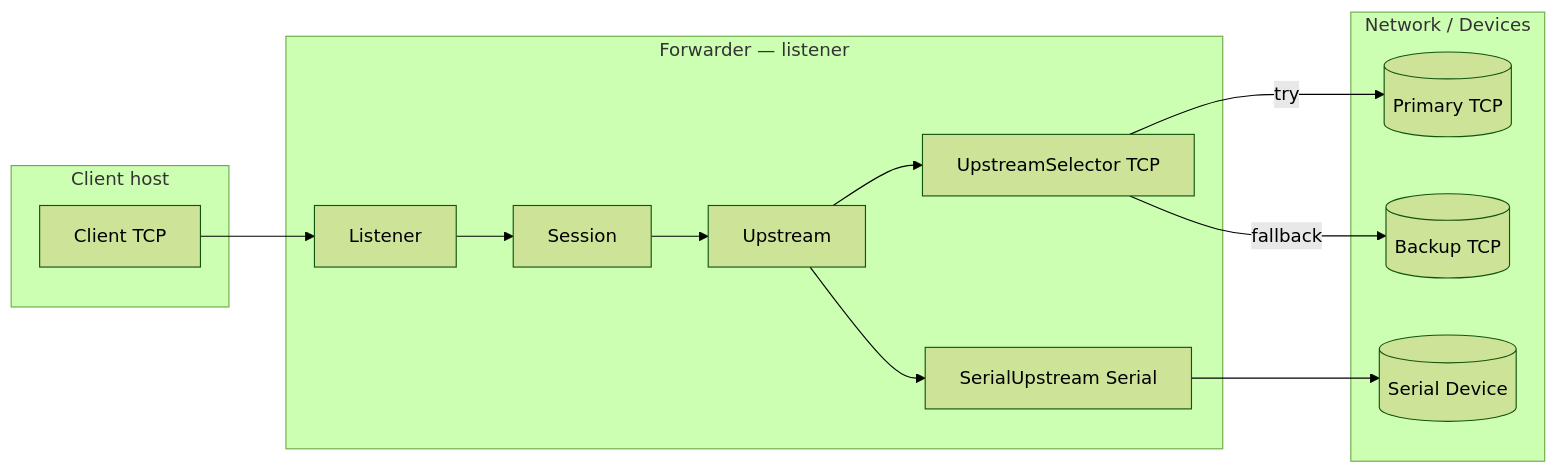
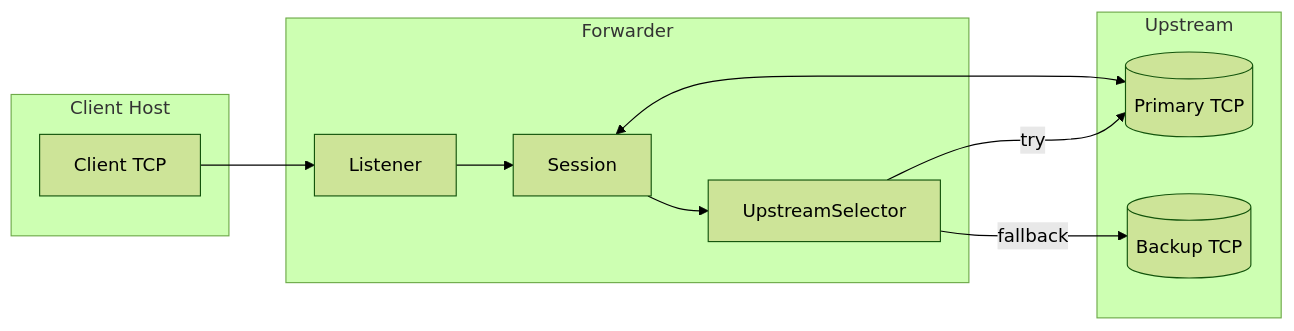
The first of 2 diagrams in design/ARCHITECTURE.md (chrisblunt-codes/offgridmail-forwarder), drawn with Mermaid (forest theme) before and after one commit. The commit also changed other lines of this file and 19 other files, not shown here.

Commit message:
Clean: collapse reverts; TCP-only stable; serial parked

````diff
--- a/design/ARCHITECTURE.md
+++ b/design/ARCHITECTURE.md
@@ -5,28 +1,22 @@
 ```mermaid
 flowchart LR
-  subgraph "Client host"
+  subgraph Client Host
     C[Client TCP]
   end
 
-  subgraph "Forwarder — listener"
+  subgraph Forwarder
     L[Listener]
     S[Session]
-    UI[Upstream]
-    %% interface marker for docs
-    UT[UpstreamSelector TCP]
-    US[SerialUpstream Serial]
+    U[UpstreamSelector]
   end
 
-  subgraph "Network / Devices"
+  subgraph Upstream
     P[(Primary TCP)]
     B[(Backup TCP)]
-    D[(Serial Device)]
   end
 
-  C --> L --> S --> UI
-  UI --> UT
-  UI --> US
-  UT -->|try| P
-  UT -->|fallback| B
-  US --> D
+  C --> L --> S --> U
+  U -->|try| P
+  U -->|fallback| B
+  S <--> P
 ```
````
